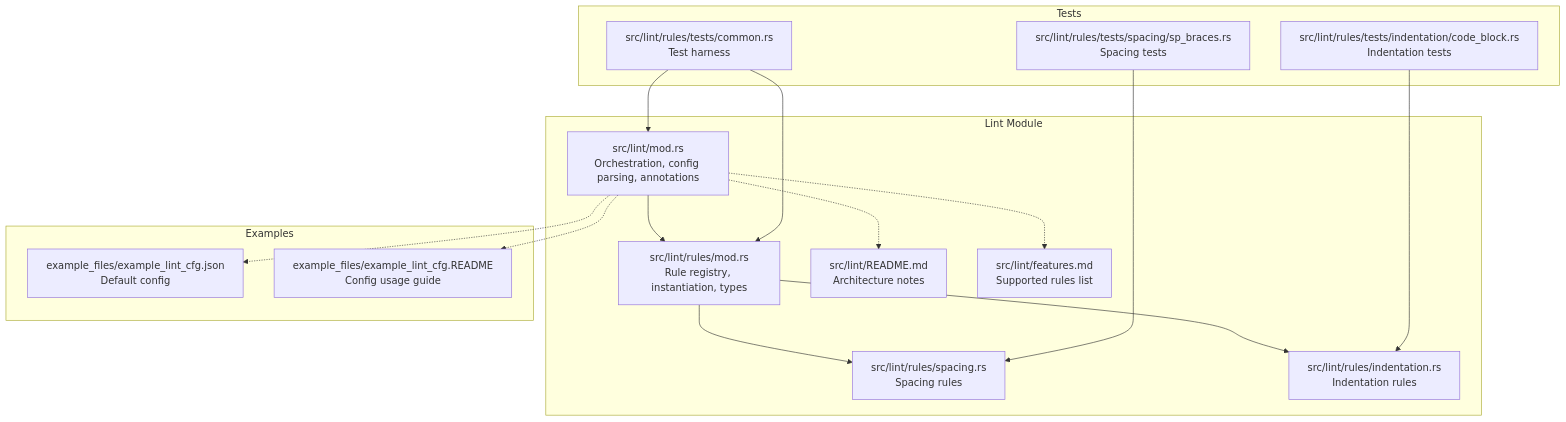
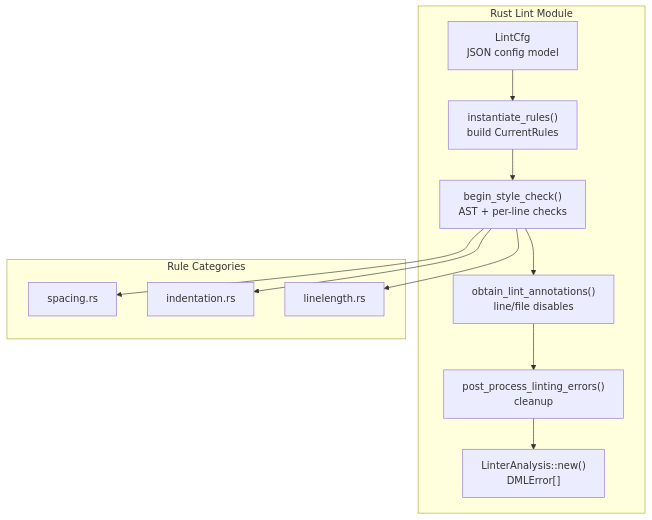
The first of 8 diagrams in .qoder/repowiki/en/content/Linting System/Linting System.md (fenghaitao/dml-language-server), drawn with Mermaid before and after one commit. The commit also changed other lines of this file and 119 other files, not shown here.

````diff
--- a/.qoder/repowiki/en/content/Linting System/Linting System.md
+++ b/.qoder/repowiki/en/content/Linting System/Linting System.md
@@ -42,31 +43,21 @@
 ```mermaid
 graph TB
-subgraph "Lint Module"
-A["src/lint/mod.rs<br/>Orchestration, config parsing, annotations"]
-B["src/lint/rules/mod.rs<br/>Rule registry, instantiation, types"]
-C["src/lint/rules/spacing.rs<br/>Spacing rules"]
-D["src/lint/rules/indentation.rs<br/>Indentation rules"]
-E["src/lint/README.md<br/>Architecture notes"]
-F["src/lint/features.md<br/>Supported rules list"]
+subgraph "Rust Lint Module"
+CFG["LintCfg<br/>JSON config model"]
+INST["instantiate_rules()<br/>build CurrentRules"]
+EXEC["begin_style_check()<br/>AST + per-line checks"]
+ANNOT["obtain_lint_annotations()<br/>line/file disables"]
+ERR["post_process_linting_errors()<br/>cleanup"]
+OUT["LinterAnalysis::new()<br/>DMLError[]"]
 end
-subgraph "Examples"
-G["example_files/example_lint_cfg.json<br/>Default config"]
-H["example_files/example_lint_cfg.README<br/>Config usage guide"]
+subgraph "Rule Categories"
+SP["spacing.rs"]
+IN["indentation.rs"]
+LL["linelength.rs"]
 end
-subgraph "Tests"
-I["src/lint/rules/tests/common.rs<br/>Test harness"]
-J["src/lint/rules/tests/spacing/sp_braces.rs<br/>Spacing tests"]
-K["src/lint/rules/tests/indentation/code_block.rs<br/>Indentation tests"]
-end
-A --> B
-B --> C
-B --> D
-A -.-> E
-A -.-> F
-A -.-> G
-A -.-> H
-I --> A
-I --> B
-J --> C
-K --> D
+CFG --> INST --> EXEC
+EXEC --> ANNOT --> ERR --> OUT
+EXEC --> SP
+EXEC --> IN
+EXEC --> LL
 ```
````
